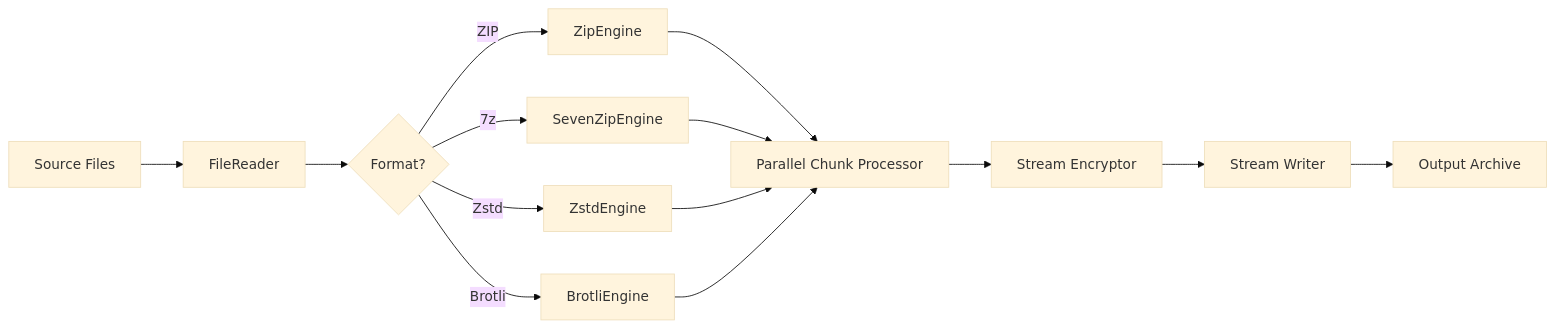
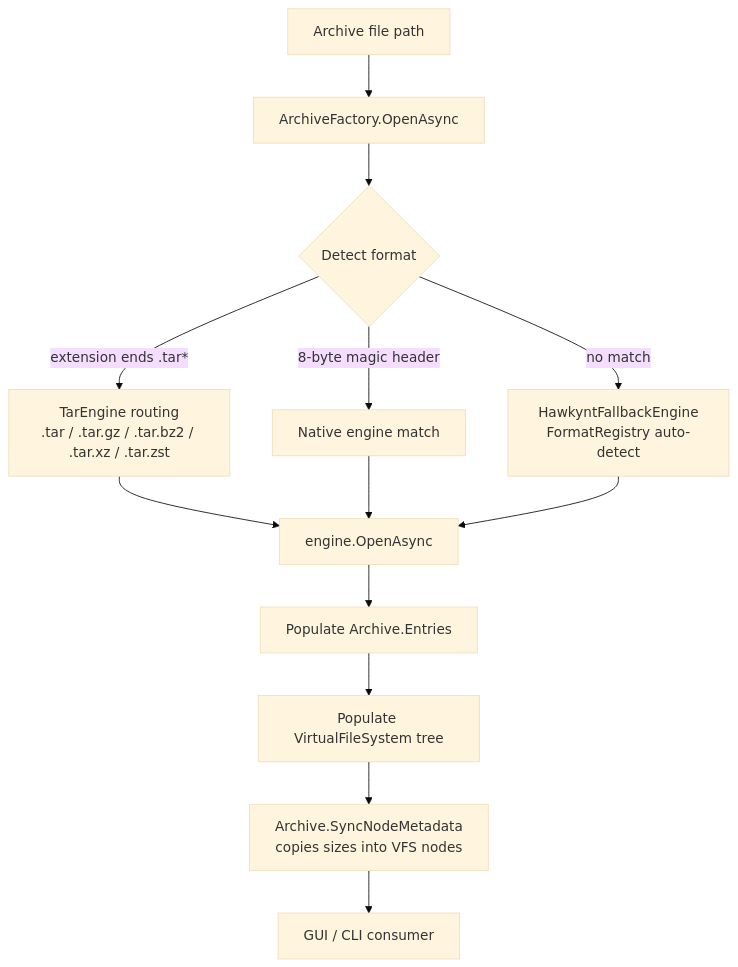
One commit to marcelofrau/arcana changed the sixth of 10 diagrams in docs/ARCHITECTURE.md. Above: the diagram before and after it, drawn with Mermaid (base theme). The commit also changed other lines of this file and 19 other files, not shown here.

Commit message:
docs: rewrite full documentation suite (architecture, specs, roadmap, API, security, README)

````diff
--- a/docs/ARCHITECTURE.md
+++ b/docs/ARCHITECTURE.md
@@ -159,16 +226,15 @@
 ```mermaid
-flowchart LR
-    A[Source Files] --> B[FileReader]
-    B --> C{Format?}
-    C -->|ZIP| D[ZipEngine]
-    C -->|7z| E[SevenZipEngine]
-    C -->|Zstd| F[ZstdEngine]
-    C -->|Brotli| G[BrotliEngine]
-    D --> H[Parallel Chunk Processor]
-    E --> H
-    F --> H
-    G --> H
-    H --> I[Stream Encryptor]
-    I --> J[Stream Writer]
-    J --> K[Output Archive]
+flowchart TD
+    A[Archive file path] --> B[ArchiveFactory.OpenAsync]
+    B --> C{Detect format}
+    C -->|extension ends .tar*| D[TarEngine routing<br/>.tar / .tar.gz / .tar.bz2 / .tar.xz / .tar.zst]
+    C -->|8-byte magic header| E[Native engine match]
+    C -->|no match| F[HawkyntFallbackEngine<br/>FormatRegistry auto-detect]
+    D --> G[engine.OpenAsync]
+    E --> G
+    F --> G
+    G --> H[Populate Archive.Entries]
+    H --> I[Populate VirtualFileSystem tree]
+    I --> J[Archive.SyncNodeMetadata<br/>copies sizes into VFS nodes]
+    J --> K[GUI / CLI consumer]
 ```
````
